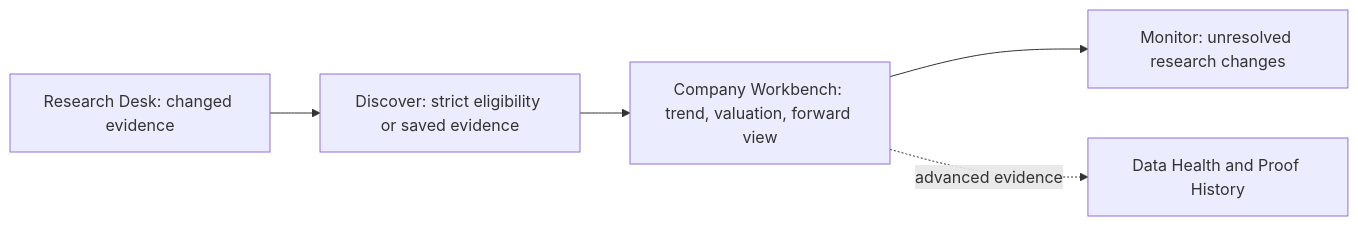
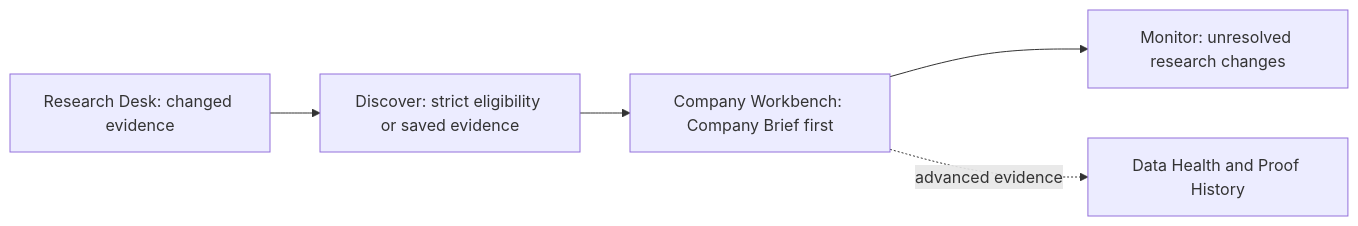
The diagram in README.md (YuzeJ21/Stock-Analysis), drawn with Mermaid before and after one commit. The commit also changed other lines of this file and 10 other files, not shown here.

Commit message:
Close Company Workbench answer-first release contracts

````diff
--- a/README.md
+++ b/README.md
@@ -40,7 +40,7 @@
 ```mermaid
 flowchart LR
     Desk["Research Desk: changed evidence"] --> Discover["Discover: strict eligibility or saved evidence"]
-    Discover --> Workbench["Company Workbench: trend, valuation, forward view"]
+    Discover --> Workbench["Company Workbench: Company Brief first"]
     Workbench --> Monitor["Monitor: unresolved research changes"]
     Workbench -. advanced evidence .-> Health["Data Health and Proof History"]
 ```
````
